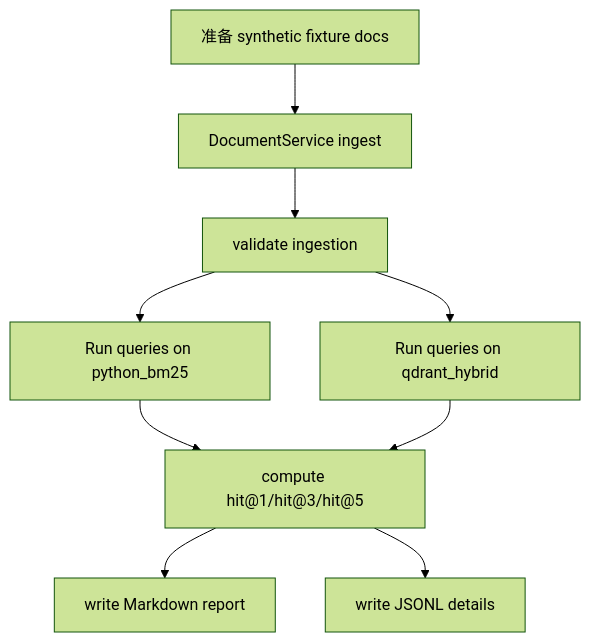
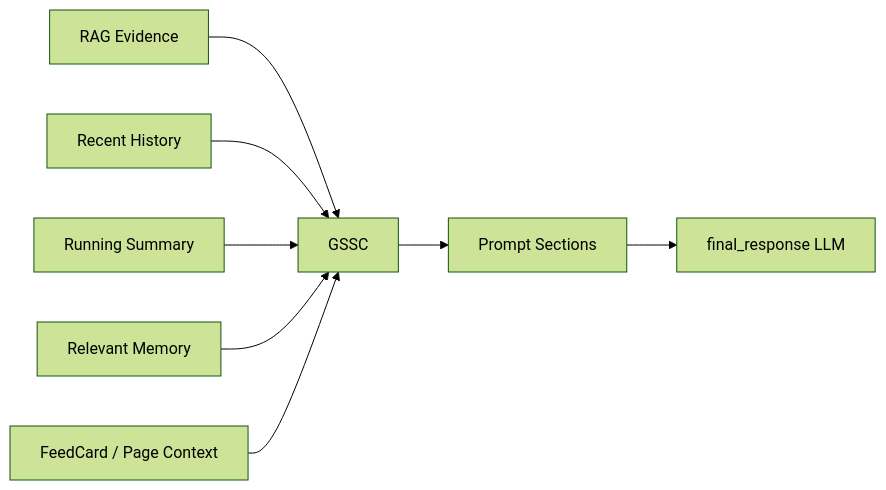
Diagram 14 of 27 in agent面试.md (Ordish-cell/InsightGap-Agent), drawn with Mermaid (forest theme) before and after one commit. The commit also changed other lines of this file and 16 other files, not shown here.

````diff
--- a/agent面试.md
+++ b/agent面试.md
@@ -1850,11 +1057,10 @@
 ```mermaid
-flowchart TD
-    A["准备 synthetic fixture docs"] --> B["DocumentService ingest"]
-    B --> C["validate ingestion"]
-    C --> D["Run queries on python_bm25"]
-    C --> E["Run queries on qdrant_hybrid"]
-    D --> F["compute hit@1/hit@3/hit@5"]
-    E --> F
-    F --> G["write Markdown report"]
-    F --> H["write JSONL details"]
+flowchart LR
+    RAG["RAG Evidence"] --> G["GSSC"]
+    H["Recent History"] --> G
+    S["Running Summary"] --> G
+    M["Relevant Memory"] --> G
+    F["FeedCard / Page Context"] --> G
+    G --> P["Prompt Sections"]
+    P --> LLM["final_response LLM"]
 ```
````
